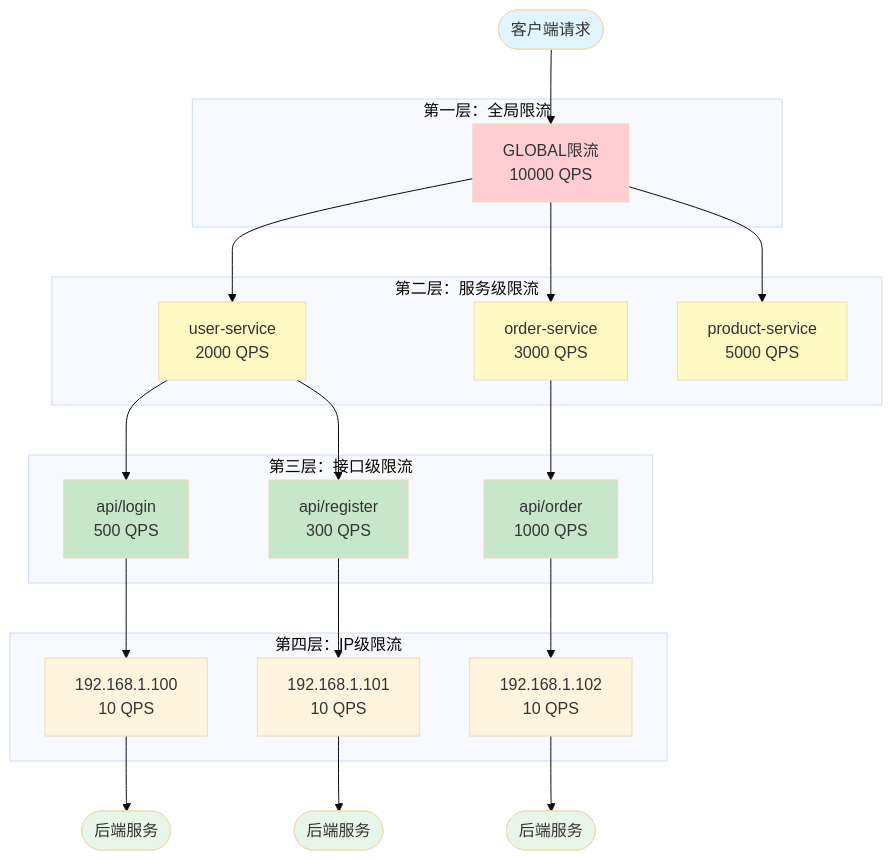
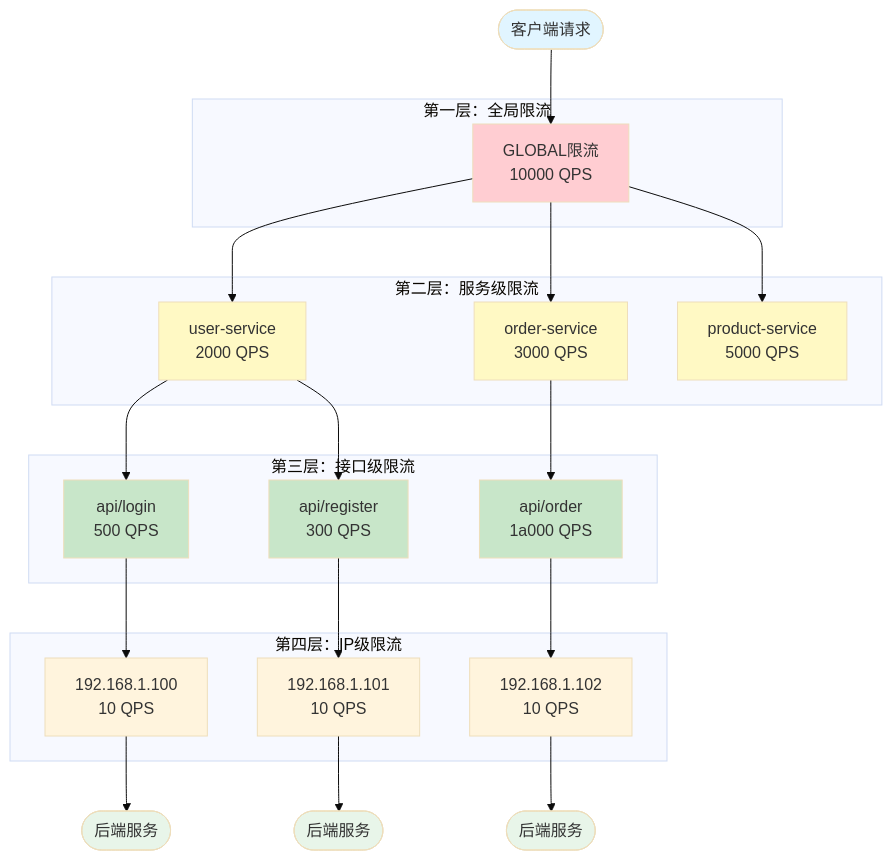
The eighth of 10 diagrams in src/projects/gateway/项目文档/核心服务/10.3 分布式限流器-流程图与架构图.md (1973034392/codelong-blog), drawn with Mermaid (base theme) before and after one commit. The commit also changed 4 other files, not shown here.

````diff
--- a/src/projects/gateway/项目文档/核心服务/10.3 分布式限流器-流程图与架构图.md
+++ b/src/projects/gateway/项目文档/核心服务/10.3 分布式限流器-流程图与架构图.md
@@ -274,60 +274,60 @@
 ```mermaid
 flowchart TB
     Request([客户端请求])
 
     subgraph Layer1["第一层：全局限流"]
         Global[GLOBAL限流<br/>10000 QPS]
     end
 
     subgraph Layer2["第二层：服务级限流"]
         Service1[user-service<br/>2000 QPS]
         Service2[order-service<br/>3000 QPS]
         Service3[product-service<br/>5000 QPS]
     end
 
     subgraph Layer3["第三层：接口级限流"]
         Interface1["api/login<br/>500 QPS"]
         Interface2["api/register<br/>300 QPS"]
-        Interface3["api/order<br/>1000 QPS"]
+        Interface3["api/order<br/>1a000 QPS"]
     end
 
     subgraph Layer4["第四层：IP级限流"]
         IP1[192.168.1.100<br/>10 QPS]
         IP2[192.168.1.101<br/>10 QPS]
         IP3[192.168.1.102<br/>10 QPS]
     end
 
     Backend1([后端服务])
     Backend2([后端服务])
     Backend3([后端服务])
 
     Request --> Global
 
     Global --> Service1
     Global --> Service2
     Global --> Service3
 
     Service1 --> Interface1
     Service1 --> Interface2
     Service2 --> Interface3
 
     Interface1 --> IP1
     Interface2 --> IP2
     Interface3 --> IP3
 
     IP1 --> Backend1
     IP2 --> Backend2
     IP3 --> Backend3
 
     style Request fill:#e1f5ff
     style Global fill:#ffcdd2
     style Service1 fill:#fff9c4
     style Service2 fill:#fff9c4
     style Service3 fill:#fff9c4
     style Interface1 fill:#c8e6c9
     style Interface2 fill:#c8e6c9
     style Interface3 fill:#c8e6c9
     style Backend1 fill:#e8f5e9
     style Backend2 fill:#e8f5e9
     style Backend3 fill:#e8f5e9
 ```
````
